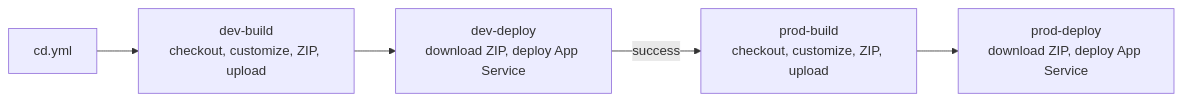
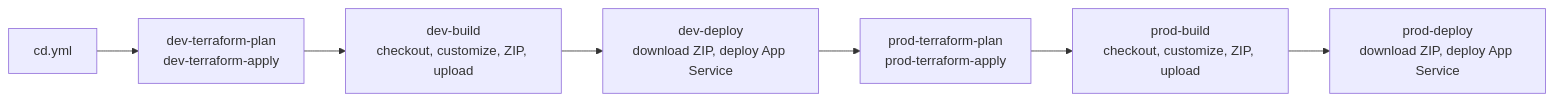
Before and after one commit to MetehanBolat/GH-DevSecOps: the third of 3 diagrams in docs/architecture-summary.md, drawn with Mermaid. The commit also changed other lines of this file and 4 other files, not shown here.

````diff
--- a/docs/architecture-summary.md
+++ b/docs/architecture-summary.md
@@ -60,7 +53,9 @@
 ```mermaid
 flowchart LR
-    CD["cd.yml"] --> DB["dev-build<br/>checkout, customize, ZIP, upload"]
-    DB --> DD["dev-deploy<br/>download ZIP, deploy App Service"]
-    DD -->|success| PB["prod-build<br/>checkout, customize, ZIP, upload"]
-    PB --> PD["prod-deploy<br/>download ZIP, deploy App Service"]
+    CD["cd.yml"] --> TPLAN["dev-terraform-plan<br/>dev-terraform-apply"]
+    TPLAN --> BUILD["dev-build<br/>checkout, customize, ZIP, upload"]
+    BUILD --> DEPLOYDEV["dev-deploy<br/>download ZIP, deploy App Service"]
+    DEPLOYDEV --> TPLANPROD["prod-terraform-plan<br/>prod-terraform-apply"]
+    TPLANPROD --> BUILDPROD["prod-build<br/>checkout, customize, ZIP, upload"]
+    BUILDPROD --> DEPLOYPROD["prod-deploy<br/>download ZIP, deploy App Service"]
 ```
````
